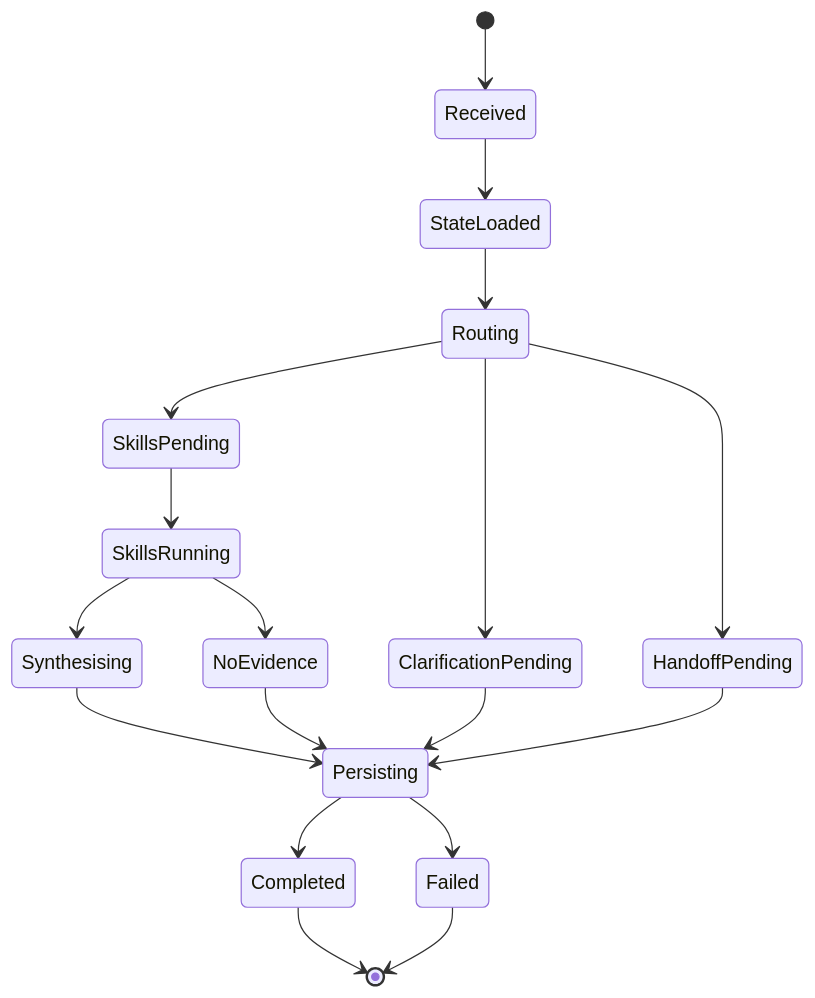
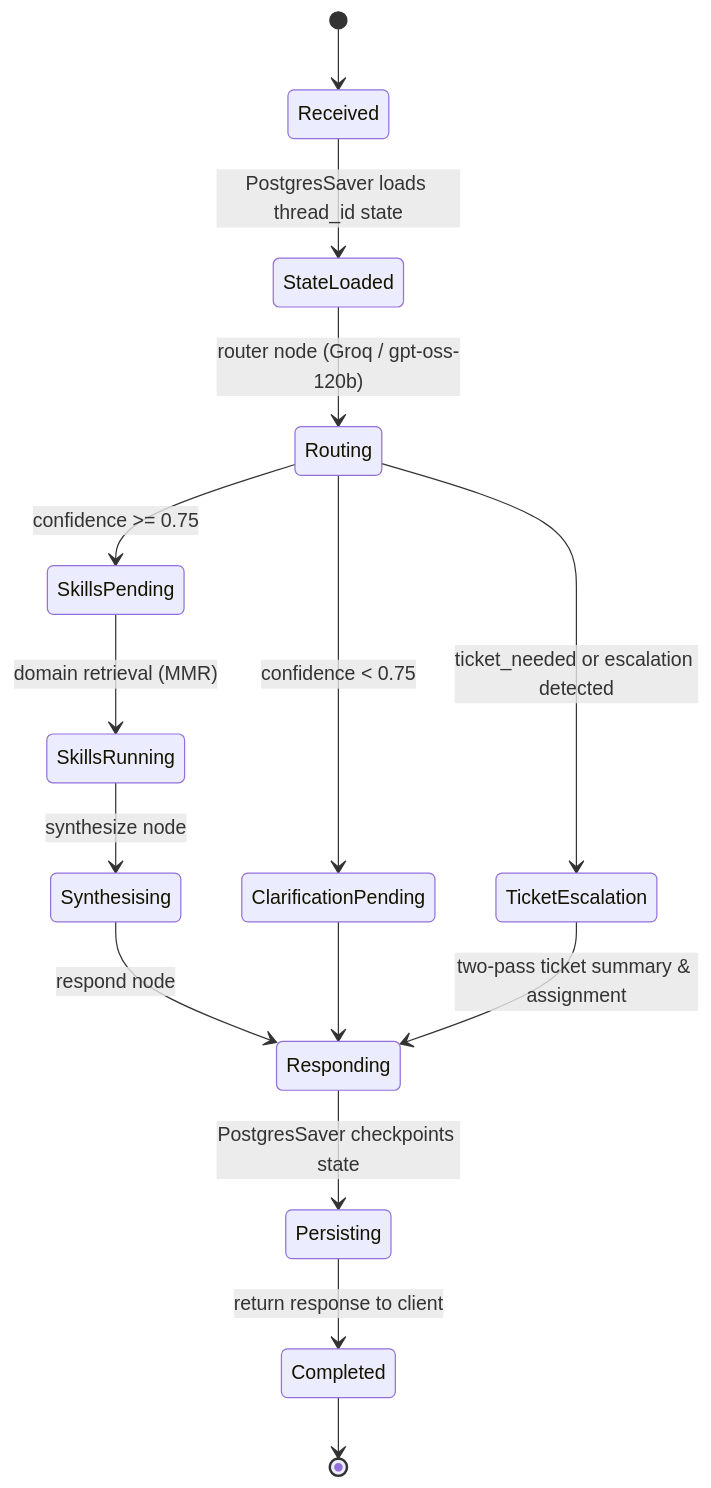
One commit to armaan-choudhary/campus-one changed the first of 2 diagrams in docs/06_Conversation_Orchestration.md. Above: the diagram before and after it, drawn with Mermaid. The commit also changed other lines of this file and 12 other files, not shown here.

````diff
--- a/docs/06_Conversation_Orchestration.md
+++ b/docs/06_Conversation_Orchestration.md
@@ -29,20 +39,17 @@
 ```mermaid
 stateDiagram-v2
     [*] --> Received
-    Received --> StateLoaded
-    StateLoaded --> Routing
-    Routing --> ClarificationPending
-    Routing --> HandoffPending
-    Routing --> SkillsPending
-    SkillsPending --> SkillsRunning
-    SkillsRunning --> Synthesising
-    SkillsRunning --> NoEvidence
-    Synthesising --> Persisting
-    NoEvidence --> Persisting
-    ClarificationPending --> Persisting
-    HandoffPending --> Persisting
-    Persisting --> Completed
-    Persisting --> Failed
+    Received --> StateLoaded: PostgresSaver loads thread_id state
+    StateLoaded --> Routing: router node (Groq / gpt-oss-120b)
+    Routing --> ClarificationPending: confidence < 0.75
+    Routing --> TicketEscalation: ticket_needed or escalation detected
+    Routing --> SkillsPending: confidence >= 0.75
+    SkillsPending --> SkillsRunning: domain retrieval (MMR)
+    SkillsRunning --> Synthesising: synthesize node
+    Synthesising --> Responding: respond node
+    ClarificationPending --> Responding
+    TicketEscalation --> Responding: two-pass ticket summary & assignment
+    Responding --> Persisting: PostgresSaver checkpoints state
+    Persisting --> Completed: return response to client
     Completed --> [*]
-    Failed --> [*]
 ```
````
